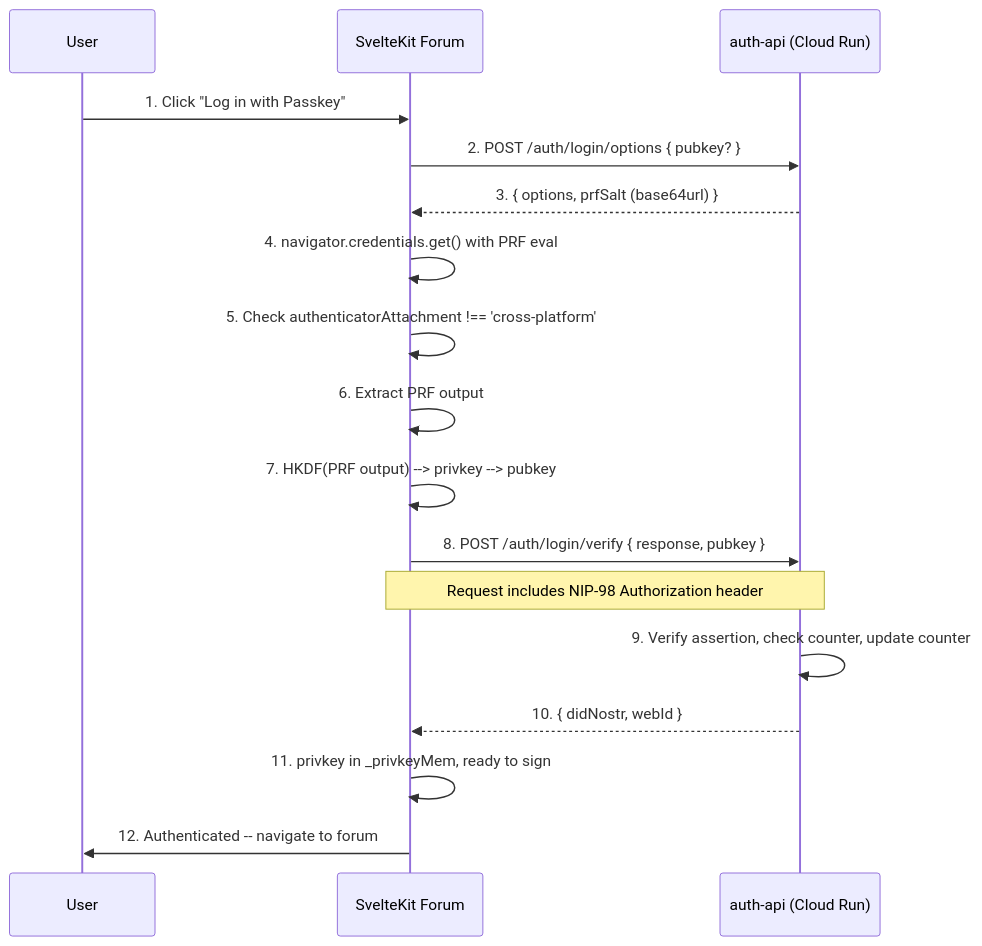
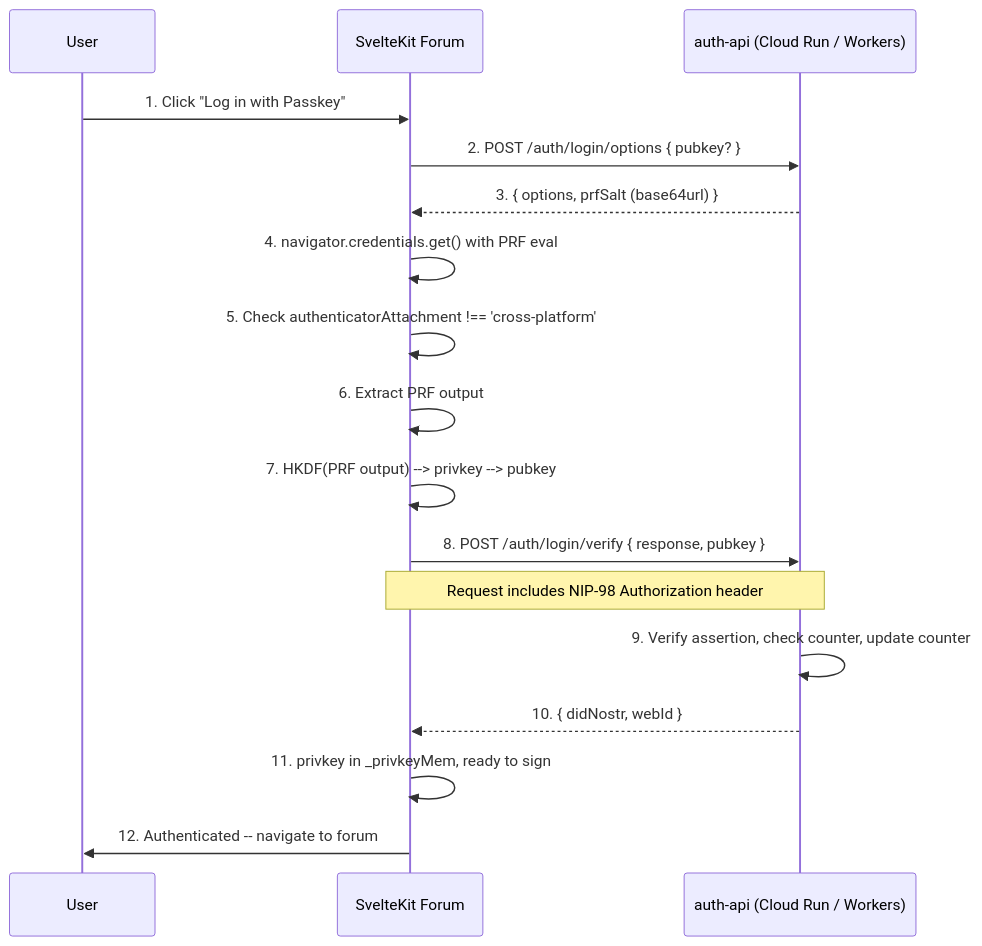
One commit to DreamLab-AI/dreamlab-ai-website changed the second of 2 diagrams in docs/features/authentication.md. Above: the diagram before and after it, drawn with Mermaid. The commit also changed other lines of this file and 41 other files, not shown here.

````diff
--- a/docs/features/authentication.md
+++ b/docs/features/authentication.md
@@ -103,23 +103,23 @@
 ```mermaid
 sequenceDiagram
     participant User
     participant Client as SvelteKit Forum
-    participant AuthAPI as auth-api (Cloud Run)
+    participant AuthAPI as auth-api (Cloud Run / Workers)
 
     User->>Client: 1. Click "Log in with Passkey"
     Client->>AuthAPI: 2. POST /auth/login/options { pubkey? }
     AuthAPI-->>Client: 3. { options, prfSalt (base64url) }
 
     Client->>Client: 4. navigator.credentials.get() with PRF eval
     Client->>Client: 5. Check authenticatorAttachment !== 'cross-platform'
     Client->>Client: 6. Extract PRF output
     Client->>Client: 7. HKDF(PRF output) --> privkey --> pubkey
 
     Client->>AuthAPI: 8. POST /auth/login/verify { response, pubkey }
     Note over Client,AuthAPI: Request includes NIP-98 Authorization header
     AuthAPI->>AuthAPI: 9. Verify assertion, check counter, update counter
     AuthAPI-->>Client: 10. { didNostr, webId }
 
     Client->>Client: 11. privkey in _privkeyMem, ready to sign
     Client->>User: 12. Authenticated -- navigate to forum
 ```
````
